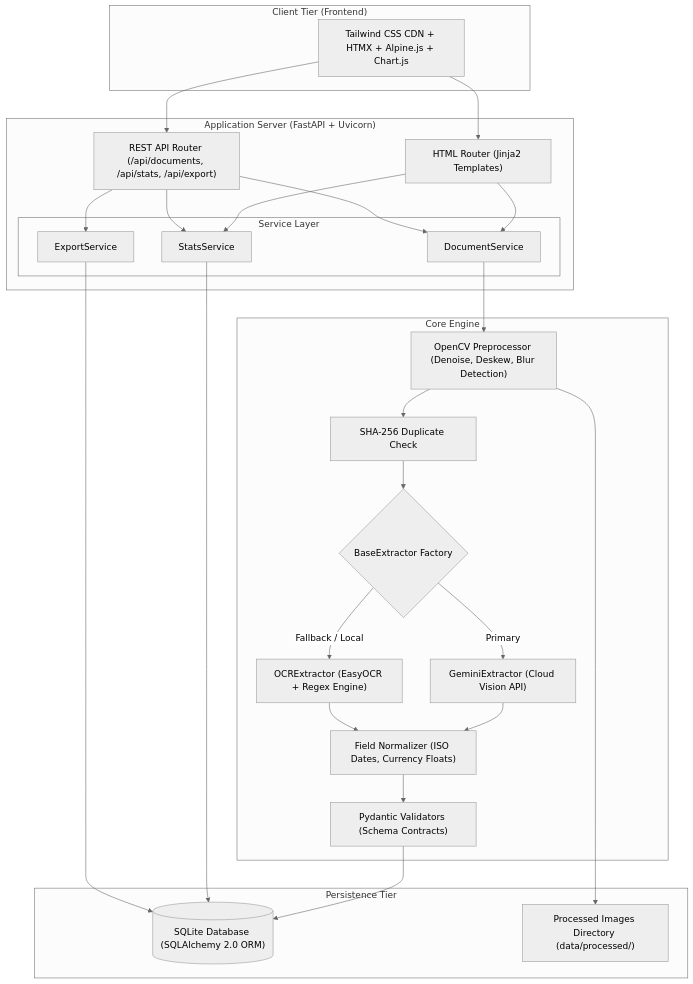
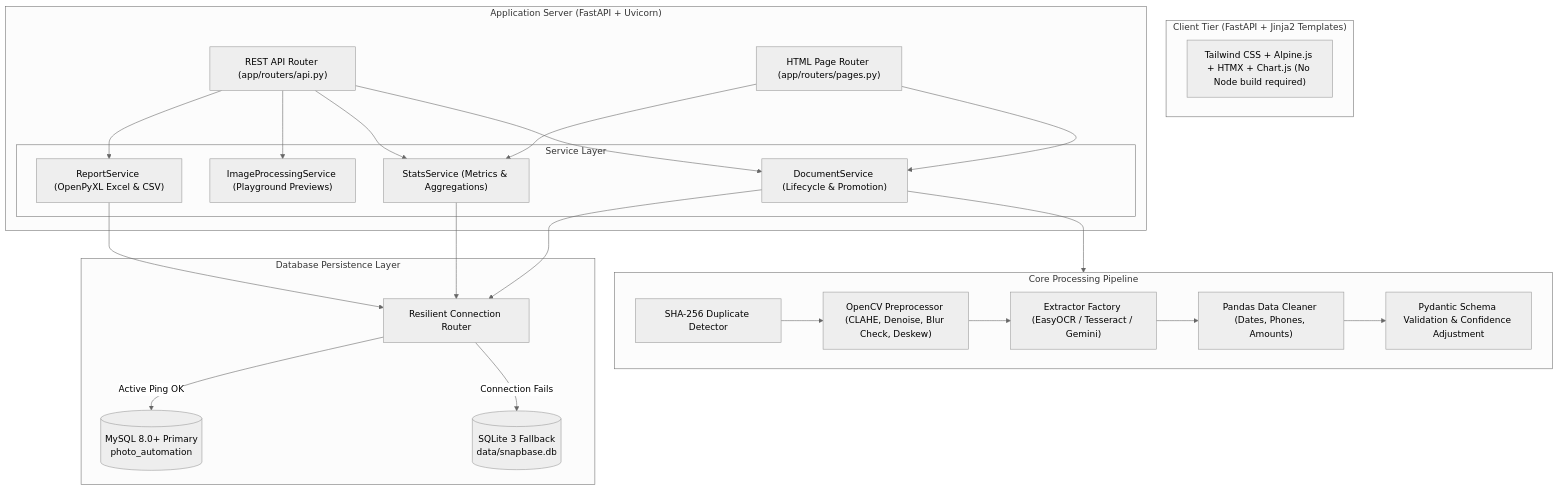
One commit to joelmalin13/Photo-to-database-automation-system changed the first of 2 diagrams in README.md. Above: the diagram before and after it, drawn with Mermaid (neutral theme). The commit also changed other lines of this file and 56 other files, not shown here.

Commit message:
feat: align SnapBase with official specification (MySQL, normalized schema, EasyOCR/Tesseract, Image Processing playground, Pandas cleaning, evaluation, 52 tests passing)

````diff
--- a/README.md
+++ b/README.md
@@ -45,53 +51,49 @@
 ```mermaid
 flowchart TD
-    subgraph Client["Client Tier (Frontend)"]
-        UI["Tailwind CSS CDN + HTMX + Alpine.js + Chart.js"]
+    subgraph Client["Client Tier (FastAPI + Jinja2 Templates)"]
+        UI["Tailwind CSS + Alpine.js + HTMX + Chart.js (No Node build required)"]
     end
 
     subgraph Server["Application Server (FastAPI + Uvicorn)"]
-        RouterPages["HTML Router (Jinja2 Templates)"]
-        RouterAPI["REST API Router (/api/documents, /api/stats, /api/export)"]
+        RouterPages["HTML Page Router (app/routers/pages.py)"]
+        RouterAPI["REST API Router (app/routers/api.py)"]
         
         subgraph Services["Service Layer"]
-            DocService["DocumentService"]
-            StatsService["StatsService"]
-            ExportService["ExportService"]
+            DocService["DocumentService (Lifecycle & Promotion)"]
+            ImgService["ImageProcessingService (Playground Previews)"]
+            StatsService["StatsService (Metrics & Aggregations)"]
+            ReportService["ReportService (OpenPyXL Excel & CSV)"]
         end
         
         RouterPages --> DocService
         RouterPages --> StatsService
         RouterAPI --> DocService
+        RouterAPI --> ImgService
         RouterAPI --> StatsService
-        RouterAPI --> ExportService
+        RouterAPI --> ReportService
     end
 
-    subgraph Core["Core Engine"]
-        Preprocess["OpenCV Preprocessor (Denoise, Deskew, Blur Detection)"]
-        Hasher["SHA-256 Duplicate Check"]
-        Extractor{"BaseExtractor Factory"}
-        GeminiExt["GeminiExtractor (Cloud Vision API)"]
-        OCRExt["OCRExtractor (EasyOCR + Regex Engine)"]
-        Normalizer["Field Normalizer (ISO Dates, Currency Floats)"]
-        Validator["Pydantic Validators (Schema Contracts)"]
+    subgraph Core["Core Processing Pipeline"]
+        Preprocess["OpenCV Preprocessor (CLAHE, Denoise, Blur Check, Deskew)"]
+        Hasher["SHA-256 Duplicate Detector"]
+        OCREngines["Extractor Factory (EasyOCR / Tesseract / Gemini)"]
+        PandasCleaner["Pandas Data Cleaner (Dates, Phones, Amounts)"]
+        Validators["Pydantic Schema Validation & Confidence Adjustment"]
+        
+        Hasher --> Preprocess --> OCREngines --> PandasCleaner --> Validators
     end
 
-    subgraph Storage["Persistence Tier"]
-        DB[("SQLite Database (SQLAlchemy 2.0 ORM)")]
-        DiskStorage["Processed Images Directory (data/processed/)"]
+    subgraph Data["Database Persistence Layer"]
+        ResilientEngine["Resilient Connection Router"]
+        MySQL[("MySQL 8.0+ Primary\nphoto_automation")]
+        SQLiteFallback[("SQLite 3 Fallback\ndata/snapbase.db")]
+        
+        ResilientEngine -->|Active Ping OK| MySQL
+        ResilientEngine -->|Connection Fails| SQLiteFallback
     end
 
-    UI --> RouterPages
-    UI --> RouterAPI
-    DocService --> Preprocess
-    Preprocess --> Hasher
-    Hasher --> Extractor
-    Extractor -->|"Primary"| GeminiExt
-    Extractor -->|"Fallback / Local"| OCRExt
-    GeminiExt --> Normalizer
-    OCRExt --> Normalizer
-    Normalizer --> Validator
-    Validator --> DB
-    Preprocess --> DiskStorage
-    StatsService --> DB
-    ExportService --> DB
+    DocService --> Core
+    DocService --> ResilientEngine
+    StatsService --> ResilientEngine
+    ReportService --> ResilientEngine
 ```
````
